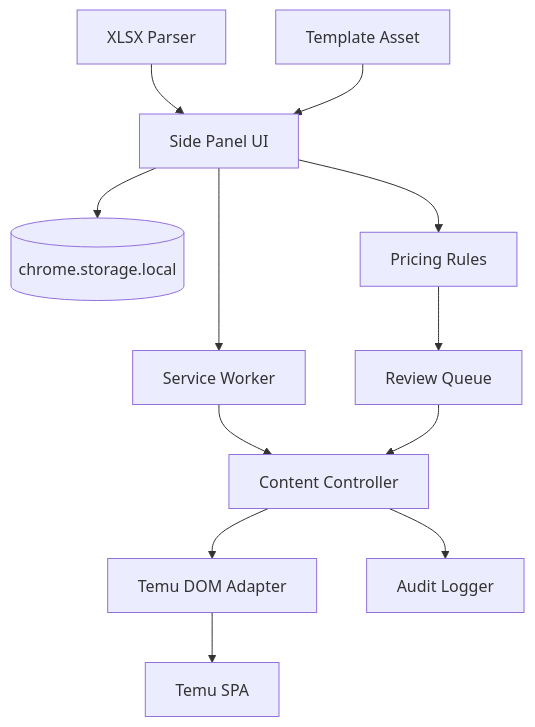
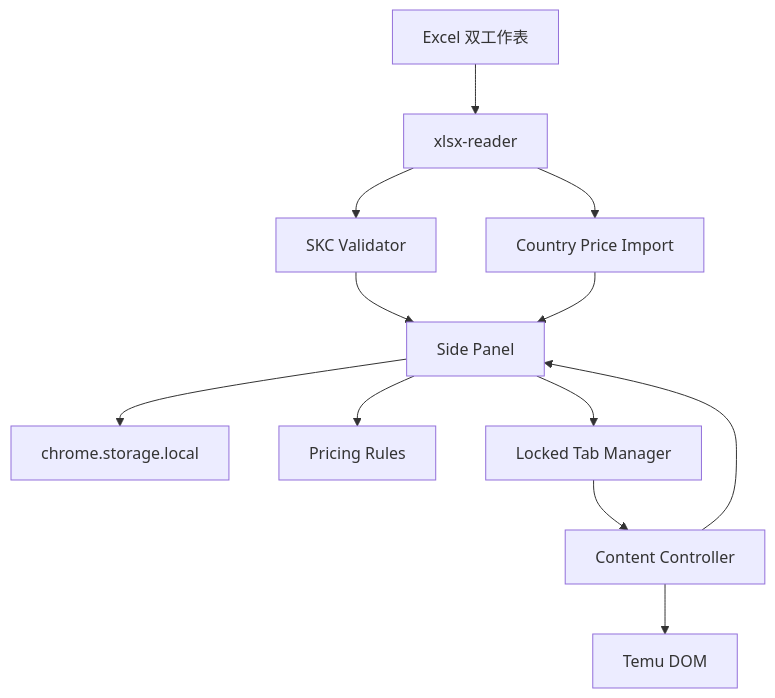
Before and after one commit to leboy77/chatgpt-projects: the first of 2 diagrams in temu-operations/price-checker/docs/TECHNICAL_DESIGN.md, drawn with Mermaid. The commit also changed other lines of this file and 170 other files, not shown here.

````diff
--- a/temu-operations/price-checker/docs/TECHNICAL_DESIGN.md
+++ b/temu-operations/price-checker/docs/TECHNICAL_DESIGN.md
@@ -38,14 +62,14 @@
 ```mermaid
 flowchart TB
-  UI[Side Panel UI] --> BG[Service Worker]
-  UI --> DB[(chrome.storage.local)]
-  BG --> CS[Content Controller]
-  CS --> ADAPTER[Temu DOM Adapter]
-  ADAPTER --> PAGE[Temu SPA]
-  UI --> RULES[Pricing Rules]
-  RULES --> PREVIEW[Review Queue]
-  PREVIEW --> CS
-  CS --> AUDIT[Audit Logger]
-  EXCEL[XLSX Parser] --> UI
-  TEMPLATE[Template Asset] --> UI
+  Excel[Excel 双工作表] --> Parser[xlsx-reader]
+  Parser --> SKC[SKC Validator]
+  Parser --> Country[Country Price Import]
+  SKC --> UI[Side Panel]
+  Country --> UI
+  UI --> Storage[chrome.storage.local]
+  UI --> Rules[Pricing Rules]
+  UI --> Lock[Locked Tab Manager]
+  Lock --> Content[Content Controller]
+  Content --> DOM[Temu DOM]
+  Content --> UI
 ```
````
